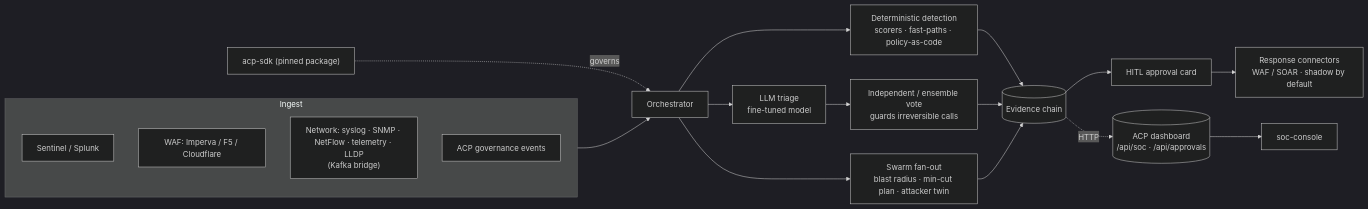
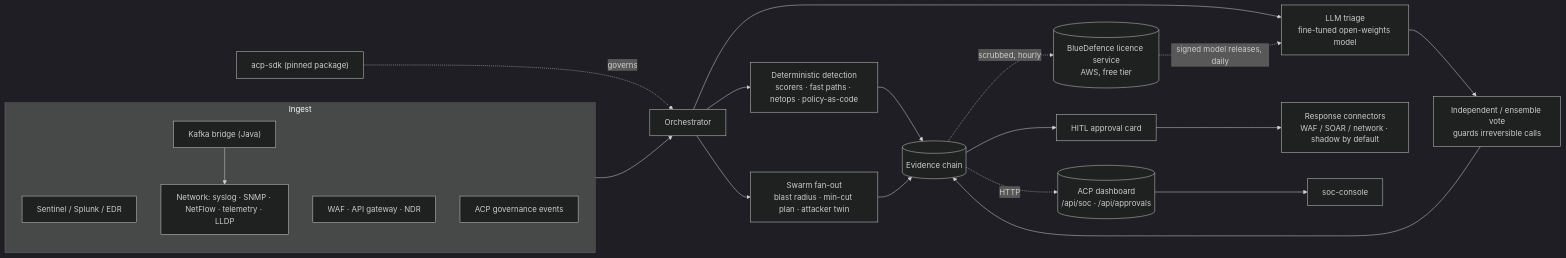
One commit to mahi80/BlueDefence changed the diagram in README.md. Above: the diagram before and after it, drawn with Mermaid (dark theme). The commit also changed other lines of this file, not shown here.

First line of the commit message:
README: one story — coverage table, sales model and flywheel, layout incl. license-server, quick start, eval gates, condensed flags, licence flows, pilot asks updated for network + Community

````diff
--- a/README.md
+++ b/README.md
@@ -13,22 +36,25 @@
 ```mermaid
 flowchart LR
   subgraph IN[Ingest]
-    SIEM[Sentinel / Splunk]
-    WAF[WAF: Imperva / F5 / Cloudflare]
-    NET["Network: syslog · SNMP · NetFlow · telemetry · LLDP<br/>(Kafka bridge)"]
+    SIEM[Sentinel / Splunk / EDR]
+    WAF[WAF · API gateway · NDR]
+    NET["Network: syslog · SNMP · NetFlow · telemetry · LLDP"]
+    KB["Kafka bridge (Java)"] --> NET
     GOVE[ACP governance events]
   end
   IN --> ORCH[Orchestrator]
-  ORCH --> DET["Deterministic detection<br/>scorers · fast-paths · policy-as-code"]
-  ORCH --> TRI["LLM triage<br/>fine-tuned model"]
+  ORCH --> DET["Deterministic detection<br/>scorers · fast paths · netops · policy-as-code"]
+  ORCH --> TRI["LLM triage<br/>fine-tuned open-weights model"]
   TRI --> VOTE["Independent / ensemble vote<br/>guards irreversible calls"]
   ORCH --> SW["Swarm fan-out<br/>blast radius · min-cut plan · attacker twin"]
   DET --> CH[(Evidence chain)]
   VOTE --> CH
   SW --> CH
   CH --> HITL[HITL approval card]
-  HITL --> RESP["Response connectors<br/>WAF / SOAR · shadow by default"]
+  HITL --> RESP["Response connectors<br/>WAF / SOAR / network · shadow by default"]
   CH -. HTTP .-> DASH[(ACP dashboard<br/>/api/soc · /api/approvals)]
   DASH --> CON[soc-console]
+  CH -. scrubbed, hourly .-> LIC[(BlueDefence licence service<br/>AWS, free tier)]
+  LIC -. signed model releases, daily .-> TRI
   SDK["acp-sdk (pinned package)"] -. governs .-> ORCH
 ```
````
